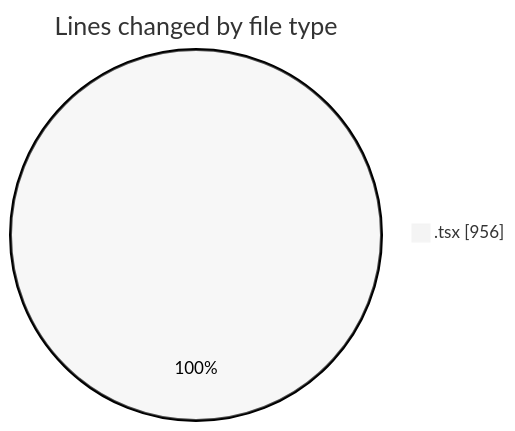
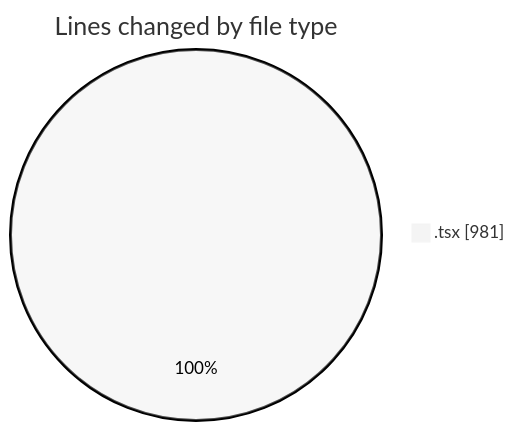
One commit to robertbonfada/code-tracking changed the first of 2 diagrams in 2025-02-03/mbc-web/README.md. Above: the diagram before and after it, drawn with Mermaid (neutral theme). The commit also changed other lines of this file and 1 other file, not shown here.

````diff
--- a/2025-02-03/mbc-web/README.md
+++ b/2025-02-03/mbc-web/README.md
@@ -21,5 +21,5 @@
 ```mermaid
 pie showData
 title Lines changed by file type
-".tsx" : 956
+".tsx" : 981
 ```
````
